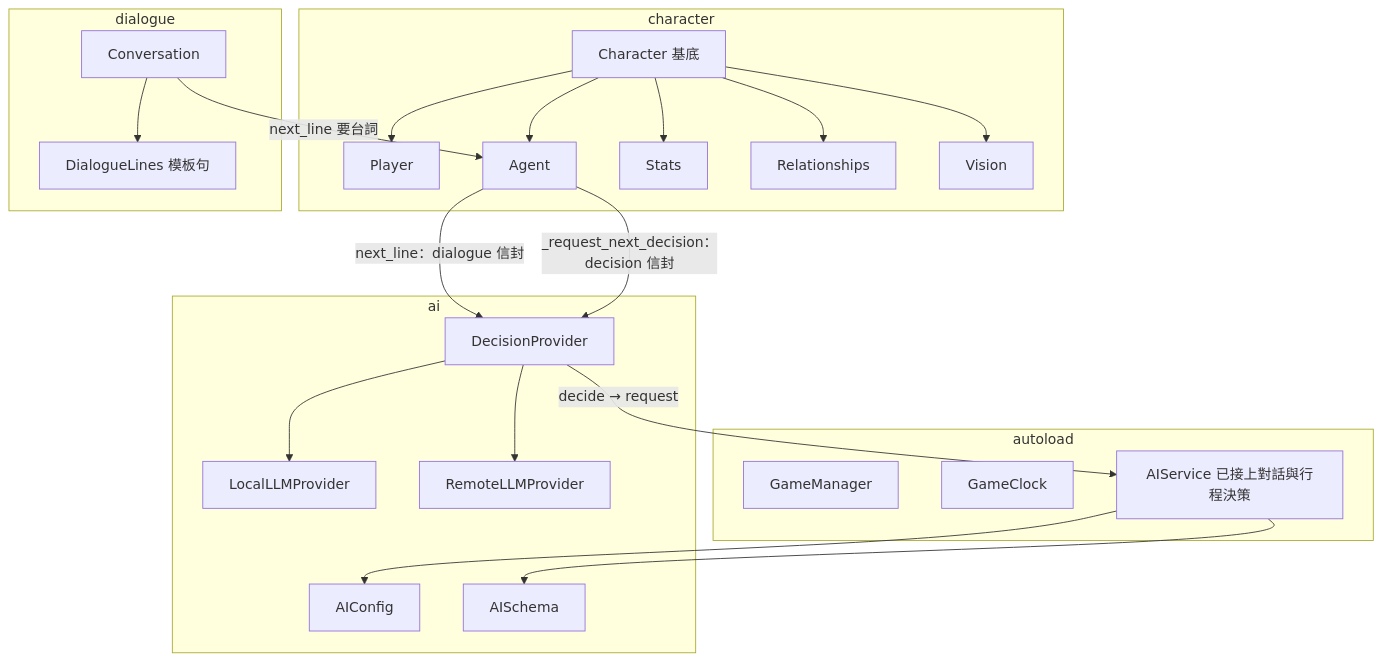
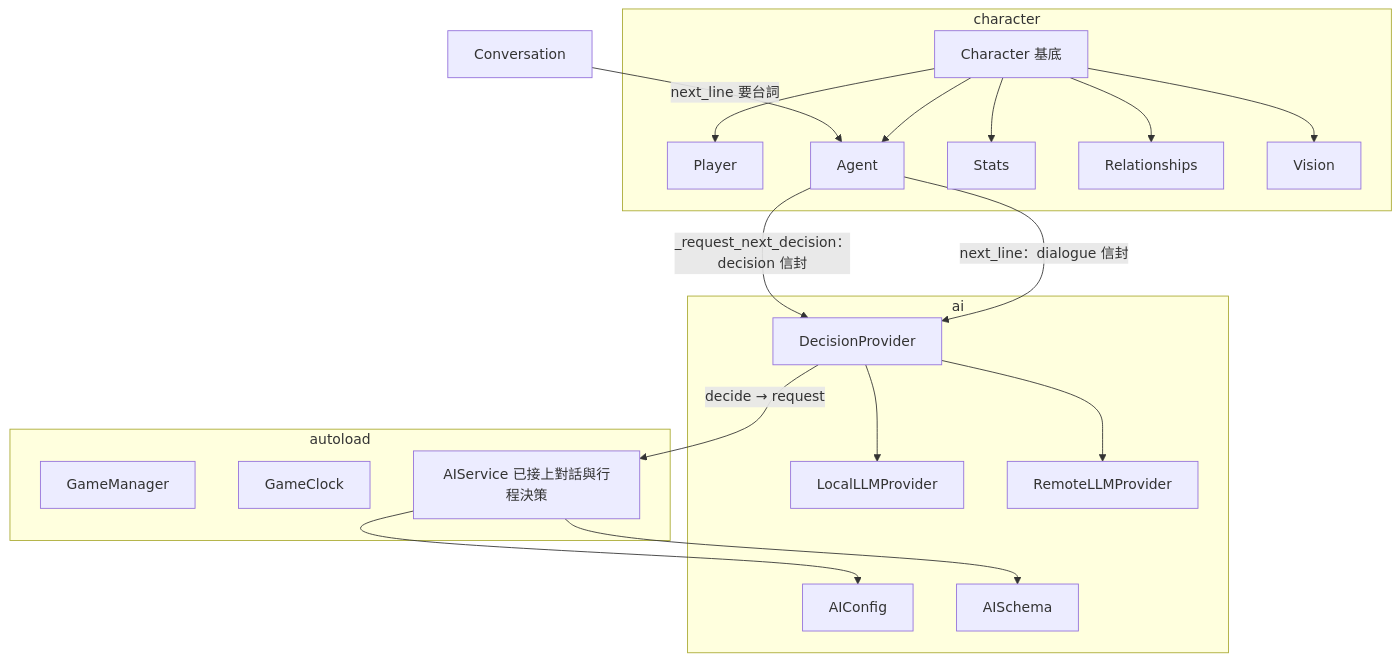
Before and after one commit to adez360/Ailley: the fifth of 7 diagrams in note/規格書/13_系統分析與系統設計.md, drawn with Mermaid. The commit also changed other lines of this file and 18 other files, not shown here.

Commit message:
代修: 加回 DLG_NOISE_ALERT；fallback 改 REASON_NO_RESPONSE 中立事實句；murmur prompt 對齊引擎行為；daily_event 補 related_npcs；同步 10+ 處文件移除 DialogueLines/_reacting 過時描述

````diff
--- a/note/規格書/13_系統分析與系統設計.md
+++ b/note/規格書/13_系統分析與系統設計.md
@@ -242,28 +242,26 @@
 ```mermaid
 graph TB
     subgraph autoload
         GM[GameManager]
         GC[GameClock]
         AIS[AIService 已接上對話與行程決策]
     end
     subgraph character
         Char[Character 基底] --> Player
         Char --> Agent
         Char --> Stats
         Char --> Relationships
         Char --> Vision
     end
-    subgraph dialogue
-        Conv[Conversation] --> DL[DialogueLines 模板句]
-    end
+    Conv[Conversation]
     subgraph ai
         AIS --> AIConfig
         AIS --> AISchema
         DP[DecisionProvider] --> LocalLLMProvider
         DP --> RemoteLLMProvider
     end
     Conv -->|next_line 要台詞| Agent
     Agent -->|"next_line：dialogue 信封"| DP
     Agent -->|"_request_next_decision：decision 信封"| DP
     DP -->|"decide → request"| AIS
 ```
````
